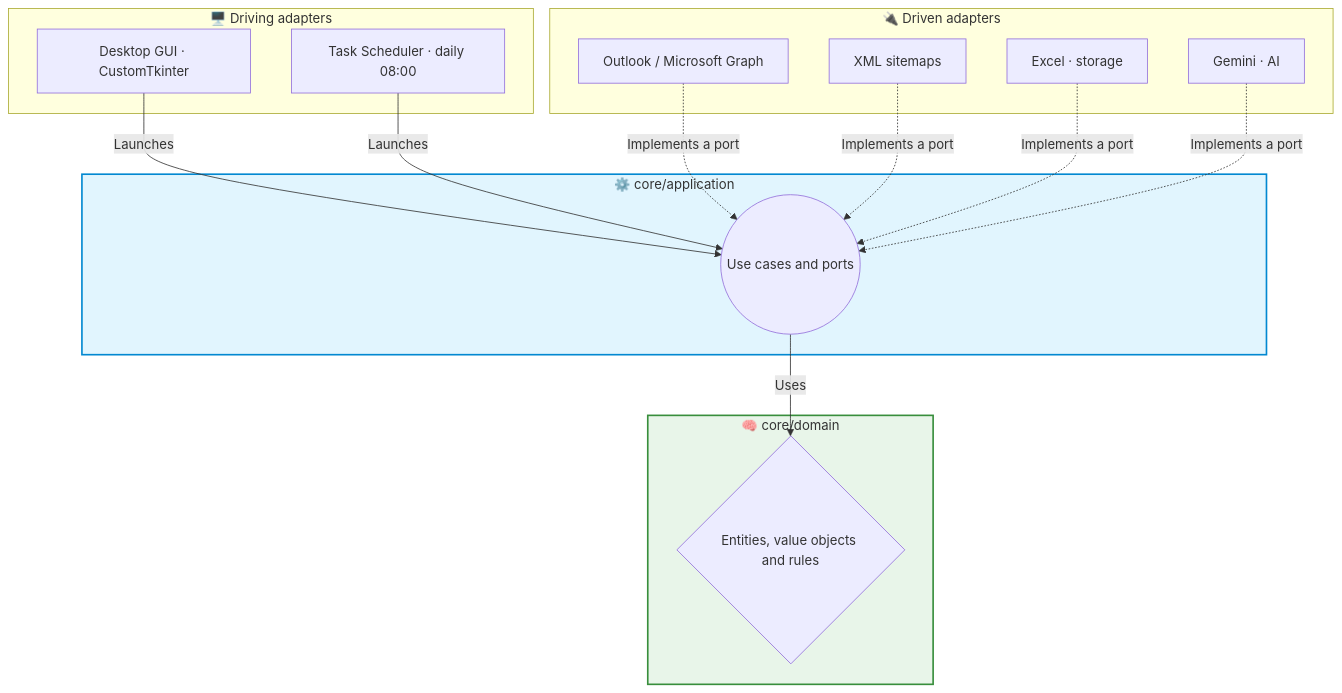
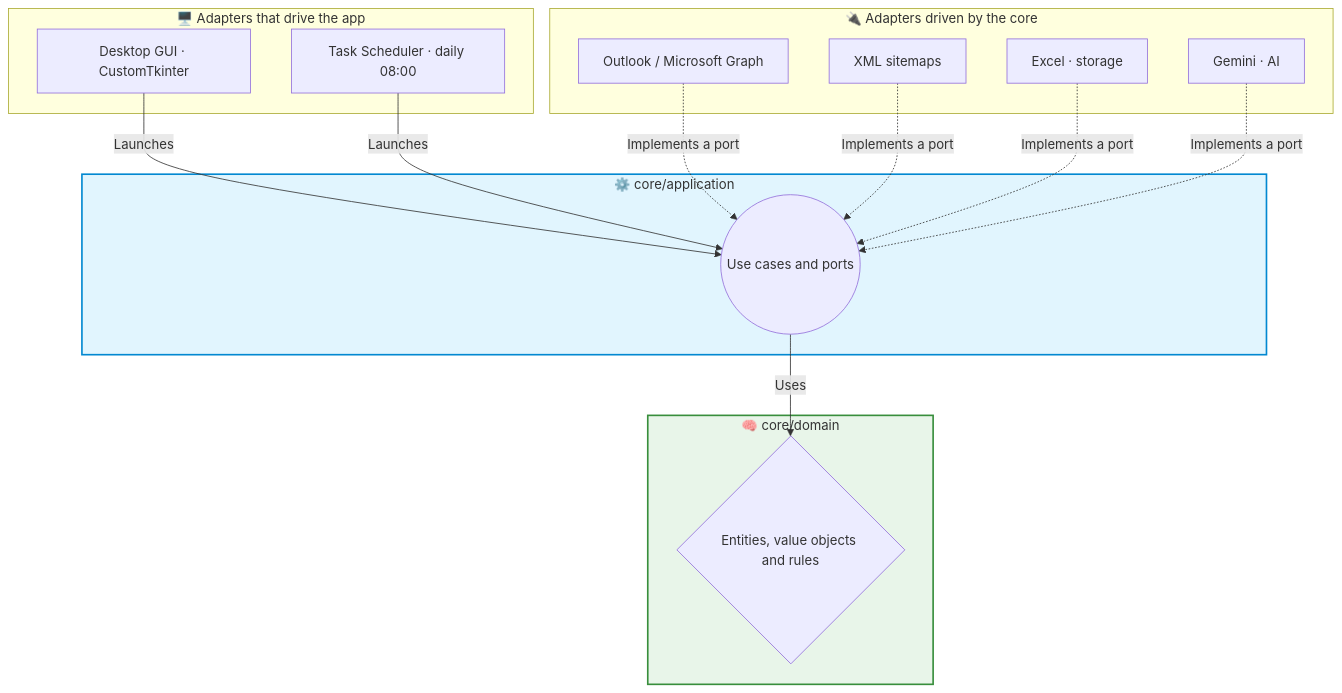
One commit to ivanher97/Offer_Subscriber_Auto_CTIngenieros changed the second of 2 diagrams in README.md. Above: the diagram before and after it, drawn with Mermaid. The commit also changed other lines of this file, not shown here.

````diff
--- a/README.md
+++ b/README.md
@@ -54,33 +54,33 @@
 ```mermaid
 graph TD
-    subgraph conductores [🖥️ Driving adapters]
+    subgraph conductores [🖥️ Adapters that drive the app]
         GUI[Desktop GUI · CustomTkinter]
         TS[Task Scheduler · daily 08:00]
     end
 
     subgraph application [⚙️ core/application]
         C((Use cases and ports))
     end
 
     subgraph domain [🧠 core/domain]
         D{Entities, value objects and rules}
     end
 
-    subgraph conducidos [🔌 Driven adapters]
+    subgraph conducidos [🔌 Adapters driven by the core]
         O[Outlook / Microsoft Graph]
         S[XML sitemaps]
         E[Excel · storage]
         G[Gemini · AI]
     end
 
     GUI -->|Launches| C
     TS -->|Launches| C
     O -.->|Implements a port| C
     S -.->|Implements a port| C
     E -.->|Implements a port| C
     G -.->|Implements a port| C
     C -->|Uses| D
 
     style application fill:#e1f5fe,stroke:#0288d1,stroke-width:2px
     style domain fill:#e8f5e9,stroke:#388e3c,stroke-width:2px
 ```
````
